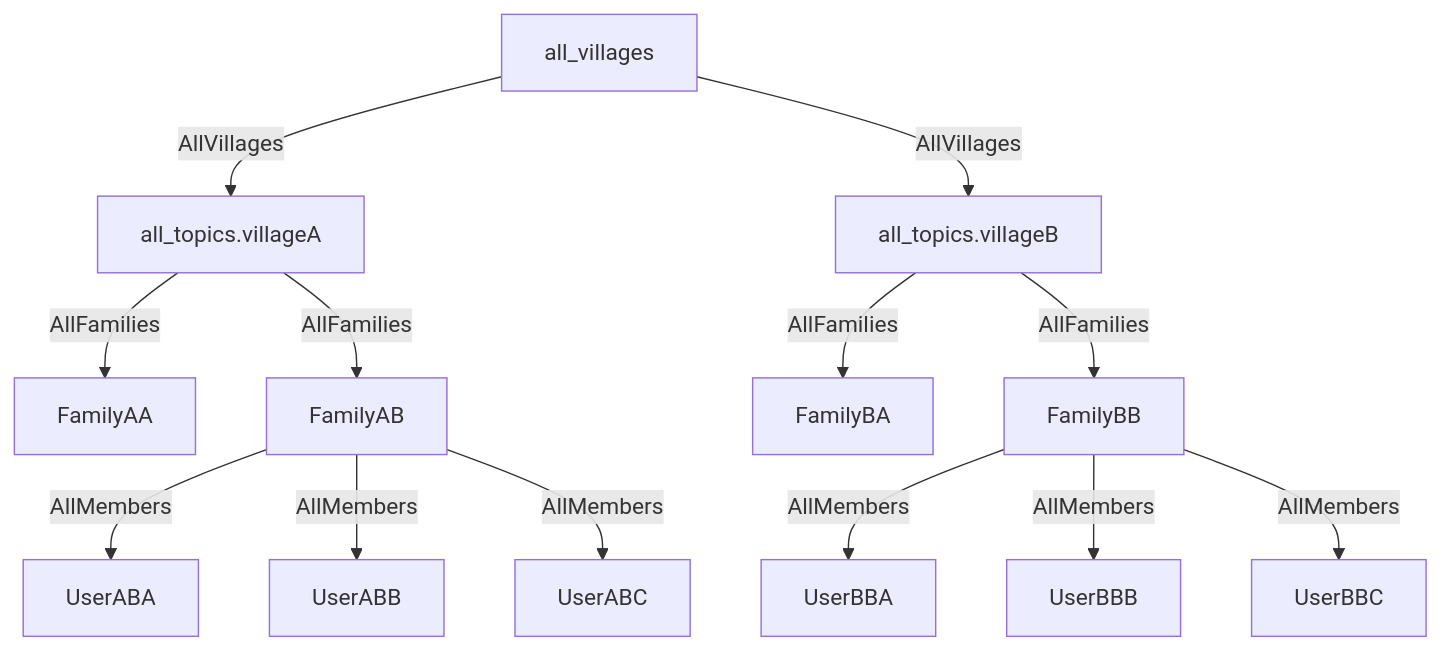
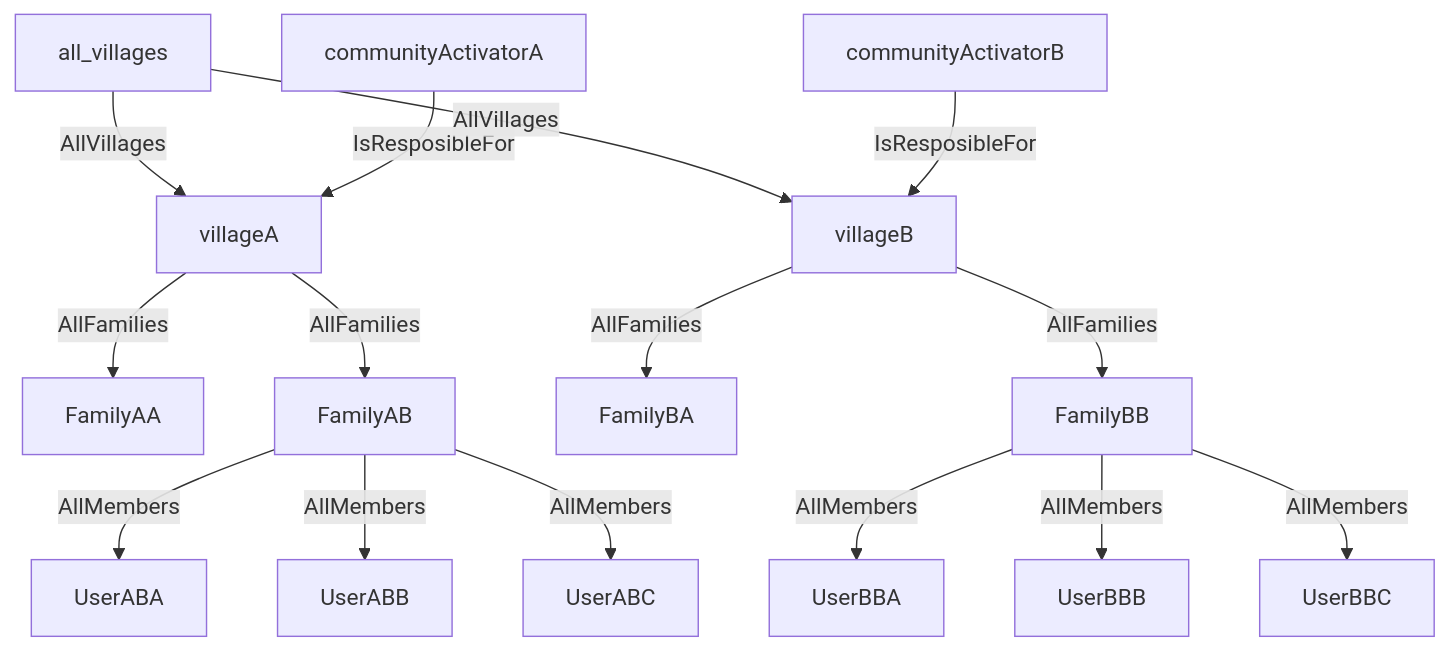
Before and after one commit to enricop/telefono-casa: the first of 2 diagrams in ENTITIES.md, drawn with Mermaid. The commit also changed 1 other file, not shown here.

Commit message:
simplify entities tree navigation

````diff
--- a/ENTITIES.md
+++ b/ENTITIES.md
@@ -6,15 +6,17 @@
 ```mermaid
 graph TD;   
-  all_villages --AllVillages --> all_topics.villageA
-  all_topics.villageA --AllFamilies --> FamilyAA
-  all_topics.villageA --AllFamilies --> FamilyAB
+  all_villages --AllVillages --> villageA
+  communityActivatorA --IsResposibleFor --> villageA
+  villageA --AllFamilies --> FamilyAA
+  villageA --AllFamilies --> FamilyAB
   FamilyAB --AllMembers --> UserABA
   FamilyAB --AllMembers --> UserABB
   FamilyAB --AllMembers --> UserABC
-  all_villages --AllVillages --> all_topics.villageB
-  all_topics.villageB --AllFamilies --> FamilyBA
-  all_topics.villageB --AllFamilies --> FamilyBB
+  all_villages --AllVillages --> villageB
+  communityActivatorB --IsResposibleFor --> villageB
+  villageB --AllFamilies --> FamilyBA
+  villageB --AllFamilies --> FamilyBB
   FamilyBB --AllMembers --> UserBBA
   FamilyBB --AllMembers --> UserBBB
   FamilyBB --AllMembers --> UserBBC
 ```
````
